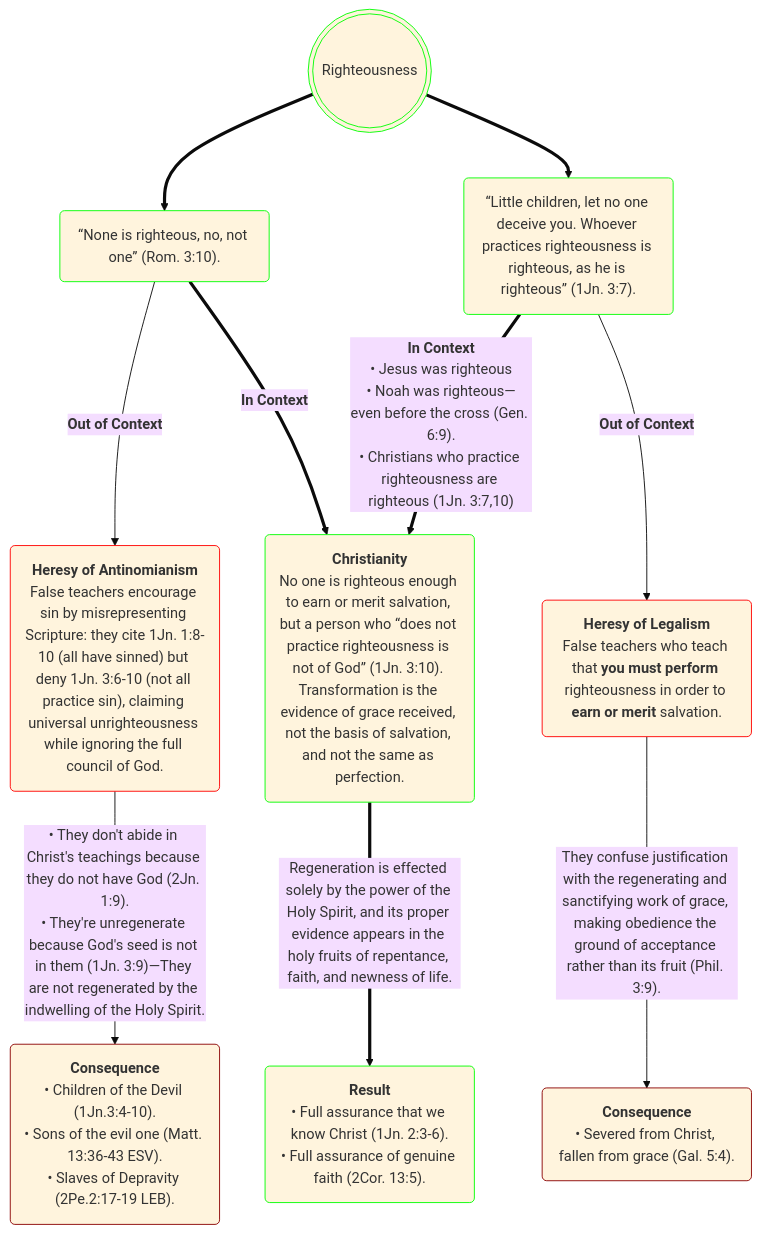
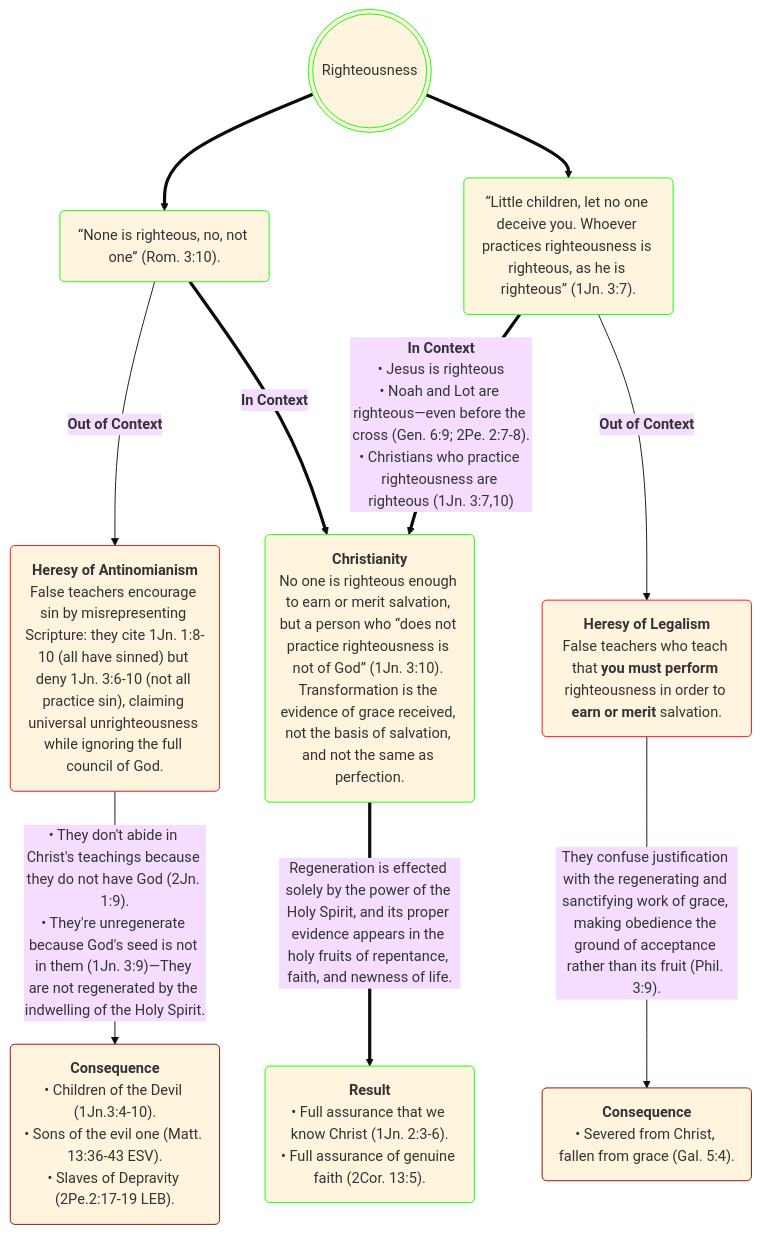
The diagram in _posts/2026-05-23-righteousness.markdown (OrdoLuminis/ordoluminis.github.io), drawn with Mermaid (base theme) before and after one commit. The commit also changed other lines of this file, not shown here.

````diff
--- a/_posts/2026-05-23-righteousness.markdown
+++ b/_posts/2026-05-23-righteousness.markdown
@@ -46,16 +46,16 @@
 ```mermaid
 flowchart TD
     A(((Righteousness))):::green
     A ==> B(&ldquo;None is righteous, no, not one&rdquo; &lpar;Rom. 3:10&rpar;.):::green
     A ==> C(&ldquo;Little children, let no one deceive you. Whoever practices righteousness is righteous, as he is righteous&rdquo; &lpar;1Jn. 3:7&rpar;.):::green
     B -->|<strong>Out of Context</strong>| D(<strong>Heresy of Antinomianism</strong><br>False teachers encourage sin by misrepresenting Scripture: they cite 1Jn. 1:8-10 &lpar;all have sinned&rpar; but deny 1Jn. 3:6-10 &lpar;not all practice sin&rpar;, claiming universal unrighteousness while ignoring the full council of God.):::red
     C -->|<strong>Out of Context</strong>| E(<strong>Heresy of Legalism</strong><br>False teachers who teach that <strong>you must perform</strong> righteousness in order to <strong>earn or merit</strong> salvation.):::red
     B ==>|<strong>In Context</strong>| F(<strong>Christianity</strong><br>No one is righteous enough to earn or merit salvation, but a person who &ldquo;does not practice righteousness is not of God&rdquo; &lpar;1Jn. 3:10&rpar;. Transformation is the evidence of grace received, not the basis of salvation, and not the same as perfection.):::green
-    C ==>|<strong>In Context</strong><br>&bull; Jesus was righteous<br>&bull; Noah was righteous&mdash;even before the cross &lpar;Gen. 6:9&rpar;.<br>&bull; Christians who practice righteousness are righteous &lpar;1Jn. 3:7,10&rpar;| F
+    C ==>|<strong>In Context</strong><br>&bull; Jesus is righteous<br>&bull; Noah and Lot are righteous&mdash;even before the cross &lpar;Gen. 6:9; 2Pe. 2:7-8&rpar;.<br>&bull; Christians who practice righteousness are righteous &lpar;1Jn. 3:7,10&rpar;| F
     D -->|&bull; They don't abide in Christ's teachings because they do not have God &lpar;2Jn. 1:9&rpar;.<br>&bull; They're unregenerate because God's seed is not in them &lpar;1Jn. 3:9&rpar;&mdash;They are not regenerated by the indwelling of the Holy Spirit.| G(<strong>Consequence</strong><br>&bull; Children of the Devil &lpar;1Jn.3:4-10&rpar;.<br>&bull; Sons of the evil one &lpar;Matt. 13:36-43 ESV&rpar;.<br>&bull; Slaves of Depravity &lpar;2Pe.2:17-19 LEB&rpar;.):::darkred
     E -->|They confuse justification with the regenerating and sanctifying work of grace, making obedience the ground of acceptance rather than its fruit &lpar;Phil. 3:9&rpar;.| H(<strong>Consequence</strong><br>&bull; Severed from Christ, fallen from grace &lpar;Gal. 5:4&rpar;.):::darkred
     F ==>|Regeneration is effected solely by the power of the Holy Spirit, and its proper evidence appears in the holy fruits of repentance, faith, and newness of life.| I(<strong>Result</strong><br>&bull; Full assurance that we know Christ &lpar;1Jn. 2:3-6&rpar;.<br>&bull; Full assurance of genuine faith &lpar;2Cor. 13:5&rpar;. ):::green
     classDef red stroke:#f00
     classDef green stroke:#0f0
     classDef darkred stroke:#8B0000
 ```
````
